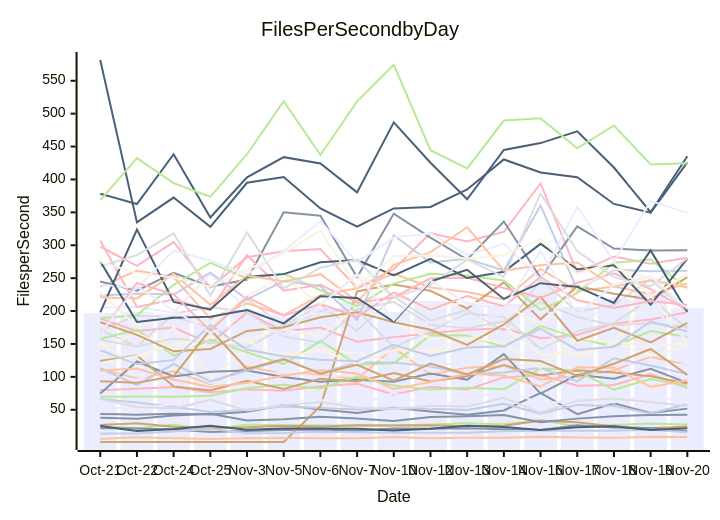
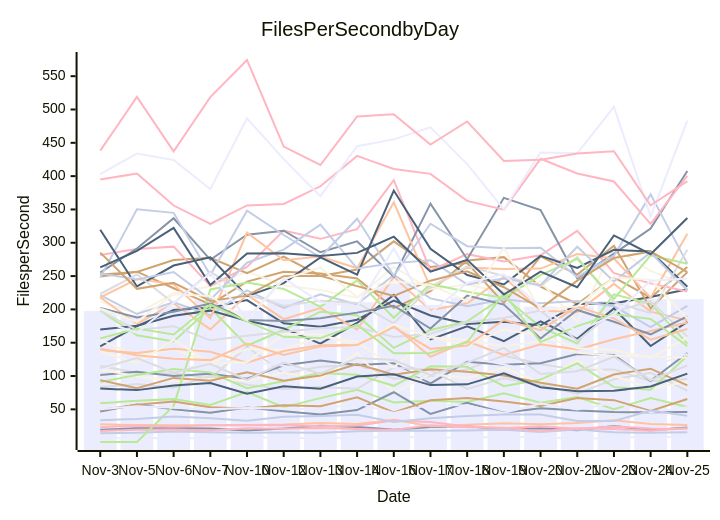
The diagram in perf-report.md (streetsidesoftware/cspell), drawn with Mermaid before and after one commit. The commit also changed other lines of this file and 2 other files, not shown here.

````diff
--- a/perf-report.md
+++ b/perf-report.md
@@ -11,57 +11,57 @@
 ```mermaid
 xychart-beta
     title Files Per Second by Day
     y-axis Files per Second
-    x-axis Date [Oct-21, Oct-22, Oct-24, Oct-25, Nov-3, Nov-5, Nov-6, Nov-7, Nov-10, Nov-12, Nov-13, Nov-14, Nov-16, Nov-17, Nov-18, Nov-19, Nov-20]
-    bar [196.79, 198.31, 195.08, 188.50, 197.53, 191.30, 204.37, 213.67, 198.26, 215.23, 208.25, 210.82, 238.97, 206.65, 217.84, 229.81, 204.28]
-    line [43.54, 42.59, 43.99, 42.66, 46.86, 57.12, 50.26, 44.96, 52.89, 47.17, 42.40, 48.87, 75.68, 43.23, 59.94, 45.01, 51.72]
-    line [112.31, 97.68, 108.35, 88.82, 115.43, 104.61, 103.62, 96.31, 144.08, 103.66, 113.77, 116.66, 96.10, 99.72, 110.04, 130.67, 118.22]
-    line [171.10, 192.78, 191.37, 174.29, 217.96, 178.42, 209.10, 170.02, 221.91, 185.33, 201.98, 169.69, 248.53, 198.86, 209.17, 248.49, 197.83]
-    line [25.33, 21.92, 27.33, 19.75, 27.62, 26.37, 26.13, 26.22, 26.38, 27.41, 29.67, 28.01, 34.46, 24.62, 26.88, 29.05, 27.58]
-    line [26.96, 29.32, 24.14, 22.37, 23.30, 25.53, 24.38, 26.29, 26.08, 26.42, 24.81, 25.86, 33.28, 31.19, 24.38, 21.77, 24.56]
-    line [66.25, 61.14, 54.40, 46.46, 50.11, 54.79, 52.56, 50.32, 52.20, 51.35, 49.71, 59.15, 44.39, 57.39, 55.71, 44.49, 58.88]
-    line [188.53, 169.56, 175.04, 150.51, 197.71, 169.15, 174.81, 153.55, 160.37, 166.32, 171.57, 173.57, 158.65, 163.60, 180.83, 187.20, 198.17]
-    line [378.31, 362.57, 438.35, 342.13, 403.12, 433.88, 424.28, 380.40, 486.76, 425.45, 369.94, 444.86, 455.23, 473.19, 418.11, 350.16, 435.36]
-    line [152.34, 114.90, 176.25, 99.39, 139.03, 134.52, 140.79, 136.42, 120.17, 137.59, 146.37, 146.54, 175.32, 128.97, 152.20, 131.62, 147.72]
-    line [99.95, 95.97, 117.43, 90.38, 101.68, 106.46, 99.98, 103.28, 96.07, 116.03, 123.18, 116.39, 119.25, 88.82, 121.42, 116.77, 119.13]
-    line [22.03, 21.51, 20.05, 16.33, 17.58, 19.22, 19.85, 18.09, 21.66, 21.06, 21.89, 20.40, 19.08, 26.32, 22.99, 22.31, 17.30]
-    line [236.87, 261.40, 251.33, 188.47, 211.71, 193.66, 223.97, 234.72, 257.12, 235.87, 229.04, 217.57, 263.96, 230.17, 237.48, 225.46, 241.65]
-    line [171.90, 145.85, 195.93, 206.22, 198.17, 161.08, 151.81, 202.09, 145.44, 169.46, 196.60, 191.20, 142.18, 169.19, 181.94, 218.95, 173.37]
-    line [158.05, 171.36, 132.38, 156.15, 137.28, 119.47, 154.44, 118.56, 120.82, 163.18, 162.73, 145.60, 177.40, 158.43, 146.21, 169.65, 160.77]
-    line [1.00, 1.00, 1.00, 1.00, 1.00, 1.00, 55.24, 229.88, 240.51, 230.78, 203.89, 243.63, 187.42, 237.86, 226.45, 217.28, 251.44]
-    line [13.85, 14.03, 17.10, 21.05, 14.31, 14.75, 16.57, 15.81, 15.06, 15.24, 15.00, 17.22, 18.21, 17.91, 18.25, 19.44, 15.85]
-    line [79.60, 82.04, 84.51, 76.34, 81.22, 78.86, 85.82, 89.51, 73.32, 84.82, 80.81, 99.19, 102.74, 86.40, 87.53, 104.19, 83.22]
-    line [25.32, 17.74, 20.58, 25.51, 19.46, 21.60, 21.45, 21.30, 18.35, 21.09, 25.51, 23.62, 19.35, 23.58, 25.01, 19.06, 21.71]
-    line [141.81, 166.38, 141.94, 145.19, 156.42, 171.45, 162.38, 206.93, 182.01, 158.84, 156.97, 177.01, 134.15, 134.60, 150.67, 224.37, 150.96]
-    line [53.54, 51.87, 58.31, 54.40, 59.05, 63.00, 65.34, 56.44, 75.90, 53.22, 66.88, 79.34, 60.36, 62.89, 61.13, 74.10, 59.99]
-    line [74.73, 123.30, 100.60, 107.93, 109.66, 99.65, 92.58, 95.73, 92.52, 104.99, 95.65, 134.65, 74.54, 103.19, 97.14, 112.35, 90.90]
-    line [5.55, 8.36, 6.66, 5.63, 6.55, 6.95, 6.80, 6.70, 8.74, 6.68, 7.36, 7.28, 8.89, 7.86, 7.37, 8.95, 8.51]
-    line [156.27, 146.04, 158.31, 152.20, 144.51, 175.00, 199.16, 202.30, 213.91, 179.15, 174.06, 184.56, 213.36, 190.95, 178.24, 181.48, 176.13]
-    line [69.61, 70.25, 69.88, 71.42, 83.10, 87.87, 82.40, 100.31, 86.94, 80.60, 83.49, 81.08, 112.95, 109.00, 80.57, 96.66, 86.29]
-    line [123.93, 132.34, 85.53, 79.17, 93.87, 81.75, 97.21, 92.97, 105.80, 92.86, 100.80, 118.00, 101.99, 110.02, 106.56, 100.86, 89.90]
-    line [113.06, 87.44, 119.66, 93.04, 109.58, 126.12, 106.10, 121.67, 121.71, 115.58, 104.23, 106.50, 113.74, 93.16, 128.26, 117.29, 104.16]
-    line [297.94, 268.60, 304.78, 235.63, 281.78, 290.77, 294.19, 235.16, 263.73, 318.29, 305.89, 320.49, 393.89, 258.23, 282.90, 271.83, 281.13]
-    line [581.53, 334.74, 372.46, 327.93, 394.96, 403.82, 355.89, 328.31, 356.02, 358.21, 384.78, 430.42, 410.61, 403.44, 362.79, 349.62, 425.99]
-    line [121.08, 131.79, 149.18, 160.21, 154.52, 129.77, 140.65, 119.71, 140.68, 139.42, 159.42, 151.36, 113.27, 158.34, 153.96, 144.89, 151.69]
-    line [204.92, 206.57, 197.43, 256.60, 202.25, 187.81, 196.52, 208.74, 184.16, 182.55, 186.64, 195.17, 205.52, 171.16, 220.75, 207.26, 156.32]
-    line [245.01, 230.93, 258.25, 236.94, 247.84, 350.22, 344.89, 251.52, 348.16, 311.63, 278.27, 336.11, 250.48, 328.56, 294.90, 291.94, 292.58]
-    line [109.59, 112.56, 95.92, 84.60, 91.01, 101.64, 110.52, 105.15, 81.62, 92.24, 104.72, 102.11, 85.32, 114.70, 113.79, 84.79, 94.70]
-    line [66.13, 54.31, 52.03, 65.25, 49.02, 56.78, 61.66, 53.00, 51.36, 56.25, 54.79, 68.17, 45.48, 63.62, 67.01, 61.66, 55.18]
-    line [189.13, 193.68, 239.98, 273.35, 249.43, 256.58, 231.73, 207.54, 241.66, 256.57, 253.87, 246.51, 201.92, 227.28, 273.31, 278.44, 234.26]
-    line [182.97, 163.77, 138.75, 142.39, 169.82, 175.50, 190.52, 198.14, 183.09, 171.50, 148.66, 179.60, 221.70, 154.91, 174.70, 152.47, 182.03]
-    line [223.48, 226.53, 225.12, 258.41, 217.89, 245.63, 237.62, 186.76, 315.24, 273.68, 279.33, 261.66, 360.61, 232.56, 262.68, 260.50, 261.27]
-    line [307.28, 206.33, 217.49, 201.10, 285.18, 230.89, 239.86, 212.69, 220.64, 249.81, 250.50, 234.95, 220.08, 243.07, 257.31, 233.28, 201.28]
-    line [197.92, 323.88, 213.93, 202.52, 252.23, 256.11, 274.23, 277.54, 254.29, 279.19, 250.20, 259.75, 302.13, 263.51, 269.60, 209.51, 279.56]
-    line [229.37, 176.10, 196.37, 177.90, 223.12, 252.36, 209.33, 256.35, 222.55, 205.03, 213.07, 209.57, 179.17, 233.46, 264.64, 250.26, 235.07]
-    line [239.93, 235.04, 291.68, 276.40, 255.29, 291.36, 336.81, 274.44, 312.01, 318.04, 285.73, 302.25, 248.86, 358.68, 275.32, 367.42, 349.18]
-    line [37.81, 36.24, 41.43, 44.03, 33.69, 35.67, 39.33, 36.78, 32.79, 39.05, 40.14, 41.86, 31.03, 36.52, 40.13, 42.13, 42.40]
-    line [220.88, 219.16, 256.62, 209.53, 254.06, 244.83, 256.05, 214.61, 270.08, 289.61, 327.30, 261.54, 269.45, 273.83, 237.58, 246.50, 236.20]
-    line [267.67, 285.04, 317.95, 223.78, 319.42, 234.42, 265.85, 278.09, 219.92, 239.43, 278.17, 251.99, 378.34, 291.11, 251.52, 237.49, 280.27]
-    line [368.45, 432.30, 394.44, 373.62, 438.31, 518.91, 437.11, 518.64, 574.29, 444.36, 416.74, 489.48, 492.83, 447.31, 482.01, 422.75, 424.60]
-    line [93.34, 91.16, 101.08, 171.93, 111.86, 126.91, 104.86, 118.31, 94.15, 120.34, 103.60, 127.14, 124.11, 101.43, 119.96, 142.34, 103.04]
-    line [140.68, 119.01, 125.81, 178.69, 141.07, 131.24, 125.88, 123.88, 148.80, 131.70, 144.48, 146.46, 173.42, 140.77, 145.68, 184.15, 168.82]
-    line [165.39, 242.72, 225.43, 169.80, 221.29, 193.06, 210.68, 191.30, 228.42, 202.21, 222.67, 207.51, 251.74, 216.50, 204.65, 215.27, 209.30]
-    line [275.35, 183.43, 189.64, 191.38, 201.59, 181.36, 222.61, 220.01, 183.65, 245.06, 262.64, 218.43, 242.38, 236.75, 212.37, 292.14, 199.00]
-    line [274.64, 257.62, 251.09, 236.85, 262.94, 287.92, 322.31, 236.45, 283.86, 284.35, 279.96, 284.82, 309.10, 256.69, 274.41, 222.36, 256.68]
-    line [165.66, 237.49, 201.27, 167.00, 183.56, 164.82, 210.07, 254.11, 186.18, 246.80, 210.80, 204.64, 291.50, 194.63, 239.67, 252.69, 203.66]
+    x-axis Date [Nov-3, Nov-5, Nov-6, Nov-7, Nov-10, Nov-12, Nov-13, Nov-14, Nov-16, Nov-17, Nov-18, Nov-19, Nov-20, Nov-21, Nov-23, Nov-24, Nov-25]
+    bar [197.53, 191.30, 204.37, 213.67, 198.26, 215.23, 208.25, 210.82, 238.97, 206.65, 217.84, 229.81, 204.28, 204.72, 212.49, 215.65, 215.14]
+    line [19.46, 21.60, 21.45, 21.30, 18.35, 21.09, 25.51, 23.62, 19.35, 23.58, 25.01, 19.06, 21.71, 18.60, 25.05, 18.57, 22.78]
+    line [27.62, 26.37, 26.13, 26.22, 26.38, 27.41, 29.67, 28.01, 34.46, 24.62, 26.88, 29.05, 27.58, 29.46, 33.73, 27.92, 26.61]
+    line [115.43, 104.61, 103.62, 96.31, 144.08, 103.66, 113.77, 116.66, 96.10, 99.72, 110.04, 130.67, 118.22, 109.21, 109.94, 92.27, 95.40]
+    line [59.05, 63.00, 65.34, 56.44, 75.90, 53.22, 66.88, 79.34, 60.36, 62.89, 61.13, 74.10, 59.99, 68.53, 50.18, 67.03, 53.59]
+    line [249.43, 256.58, 231.73, 207.54, 241.66, 256.57, 253.87, 246.51, 201.92, 227.28, 273.31, 278.44, 234.26, 208.12, 248.05, 217.79, 263.70]
+    line [14.31, 14.75, 16.57, 15.81, 15.06, 15.24, 15.00, 17.22, 18.21, 17.91, 18.25, 19.44, 15.85, 19.63, 15.59, 14.87, 15.79]
+    line [17.58, 19.22, 19.85, 18.09, 21.66, 21.06, 21.89, 20.40, 19.08, 26.32, 22.99, 22.31, 17.30, 21.45, 20.67, 17.71, 21.61]
+    line [144.51, 175.00, 199.16, 202.30, 213.91, 179.15, 174.06, 184.56, 213.36, 190.95, 178.24, 181.48, 176.13, 207.99, 209.21, 218.59, 230.14]
+    line [211.71, 193.66, 223.97, 234.72, 257.12, 235.87, 229.04, 217.57, 263.96, 230.17, 237.48, 225.46, 241.65, 180.78, 293.43, 257.61, 236.25]
+    line [6.55, 6.95, 6.80, 6.70, 8.74, 6.68, 7.36, 7.28, 8.89, 7.86, 7.37, 8.95, 8.51, 5.96, 6.86, 9.12, 8.20]
+    line [101.68, 106.46, 99.98, 103.28, 96.07, 116.03, 123.18, 116.39, 119.25, 88.82, 121.42, 116.77, 119.13, 133.04, 131.42, 92.70, 134.68]
+    line [217.96, 178.42, 209.10, 170.02, 221.91, 185.33, 201.98, 169.69, 248.53, 198.86, 209.17, 248.49, 197.83, 196.05, 238.36, 196.70, 183.49]
+    line [83.10, 87.87, 82.40, 100.31, 86.94, 80.60, 83.49, 81.08, 112.95, 109.00, 80.57, 96.66, 86.29, 73.57, 94.99, 104.85, 77.90]
+    line [198.17, 161.08, 151.81, 202.09, 145.44, 169.46, 196.60, 191.20, 142.18, 169.19, 181.94, 218.95, 173.37, 148.92, 222.58, 208.58, 148.72]
+    line [252.23, 256.11, 274.23, 277.54, 254.29, 279.19, 250.20, 259.75, 302.13, 263.51, 269.60, 209.51, 279.56, 252.28, 295.42, 201.43, 255.90]
+    line [221.29, 193.06, 210.68, 191.30, 228.42, 202.21, 222.67, 207.51, 251.74, 216.50, 204.65, 215.27, 209.30, 212.61, 204.74, 173.27, 205.13]
+    line [281.78, 290.77, 294.19, 235.16, 263.73, 318.29, 305.89, 320.49, 393.89, 258.23, 282.90, 271.83, 281.13, 317.78, 254.31, 239.07, 226.80]
+    line [169.82, 175.50, 190.52, 198.14, 183.09, 171.50, 148.66, 179.60, 221.70, 154.91, 174.70, 152.47, 182.03, 155.80, 201.43, 145.12, 181.20]
+    line [109.66, 99.65, 92.58, 95.73, 92.52, 104.99, 95.65, 134.65, 74.54, 103.19, 97.14, 112.35, 90.90, 123.07, 100.34, 81.20, 91.40]
+    line [109.58, 126.12, 106.10, 121.67, 121.71, 115.58, 104.23, 106.50, 113.74, 93.16, 128.26, 117.29, 104.16, 110.80, 141.51, 113.78, 133.33]
+    line [255.29, 291.36, 336.81, 274.44, 312.01, 318.04, 285.73, 302.25, 248.86, 358.68, 275.32, 367.42, 349.18, 246.71, 283.63, 321.34, 407.75]
+    line [217.89, 245.63, 237.62, 186.76, 315.24, 273.68, 279.33, 261.66, 360.61, 232.56, 262.68, 260.50, 261.27, 283.01, 276.41, 217.54, 313.48]
+    line [197.71, 169.15, 174.81, 153.55, 160.37, 166.32, 171.57, 173.57, 158.65, 163.60, 180.83, 187.20, 198.17, 153.08, 196.42, 212.25, 159.12]
+    line [91.01, 101.64, 110.52, 105.15, 81.62, 92.24, 104.72, 102.11, 85.32, 114.70, 113.79, 84.79, 94.70, 119.03, 83.33, 79.58, 129.97]
+    line [93.87, 81.75, 97.21, 92.97, 105.80, 92.86, 100.80, 118.00, 101.99, 110.02, 106.56, 100.86, 89.90, 80.84, 102.36, 111.01, 86.06]
+    line [247.84, 350.22, 344.89, 251.52, 348.16, 311.63, 278.27, 336.11, 250.48, 328.56, 294.90, 291.94, 292.58, 248.71, 280.57, 372.61, 268.70]
+    line [394.96, 403.82, 355.89, 328.31, 356.02, 358.21, 384.78, 430.42, 410.61, 403.44, 362.79, 349.62, 425.99, 404.00, 391.92, 328.37, 400.57]
+    line [319.42, 234.42, 265.85, 278.09, 219.92, 239.43, 278.17, 251.99, 378.34, 291.11, 251.52, 237.49, 280.27, 262.12, 289.40, 286.83, 233.89]
+    line [154.52, 129.77, 140.65, 119.71, 140.68, 139.42, 159.42, 151.36, 113.27, 158.34, 153.96, 144.89, 151.69, 135.05, 130.36, 129.62, 127.42]
+    line [403.12, 433.88, 424.28, 380.40, 486.76, 425.45, 369.94, 444.86, 455.23, 473.19, 418.11, 350.16, 435.36, 434.19, 503.88, 339.40, 483.37]
+    line [46.86, 57.12, 50.26, 44.96, 52.89, 47.17, 42.40, 48.87, 75.68, 43.23, 59.94, 45.01, 51.72, 48.28, 45.99, 45.47, 46.16]
+    line [139.03, 134.52, 140.79, 136.42, 120.17, 137.59, 146.37, 146.54, 175.32, 128.97, 152.20, 131.62, 147.72, 139.79, 155.08, 167.65, 180.28]
+    line [223.12, 252.36, 209.33, 256.35, 222.55, 205.03, 213.07, 209.57, 179.17, 233.46, 264.64, 250.26, 235.07, 278.49, 210.89, 194.33, 289.41]
+    line [1.00, 1.00, 55.24, 229.88, 240.51, 230.78, 203.89, 243.63, 187.42, 237.86, 226.45, 217.28, 251.44, 276.01, 215.80, 281.10, 268.53]
+    line [49.02, 56.78, 61.66, 53.00, 51.36, 56.25, 54.79, 68.17, 45.48, 63.62, 67.01, 61.66, 55.18, 66.89, 63.80, 47.48, 65.47]
+    line [254.06, 244.83, 256.05, 214.61, 270.08, 289.61, 327.30, 261.54, 269.45, 273.83, 237.58, 246.50, 236.20, 294.11, 241.99, 285.48, 228.78]
+    line [23.30, 25.53, 24.38, 26.29, 26.08, 26.42, 24.81, 25.86, 33.28, 31.19, 24.38, 21.77, 24.56, 20.83, 24.39, 21.39, 21.03]
+    line [81.22, 78.86, 85.82, 89.51, 73.32, 84.82, 80.81, 99.19, 102.74, 86.40, 87.53, 104.19, 83.22, 77.11, 77.91, 84.31, 103.57]
+    line [137.28, 119.47, 154.44, 118.56, 120.82, 163.18, 162.73, 145.60, 177.40, 158.43, 146.21, 169.65, 160.77, 141.62, 138.65, 127.45, 157.64]
+    line [50.11, 54.79, 52.56, 50.32, 52.20, 51.35, 49.71, 59.15, 44.39, 57.39, 55.71, 44.49, 58.88, 49.62, 59.77, 45.57, 53.25]
+    line [202.25, 187.81, 196.52, 208.74, 184.16, 182.55, 186.64, 195.17, 205.52, 171.16, 220.75, 207.26, 156.32, 199.17, 181.40, 162.62, 189.45]
+    line [141.07, 131.24, 125.88, 123.88, 148.80, 131.70, 144.48, 146.46, 173.42, 140.77, 145.68, 184.15, 168.82, 204.20, 186.48, 154.50, 170.57]
+    line [111.86, 126.91, 104.86, 118.31, 94.15, 120.34, 103.60, 127.14, 124.11, 101.43, 119.96, 142.34, 103.04, 107.23, 129.02, 93.63, 116.02]
+    line [156.42, 171.45, 162.38, 206.93, 182.01, 158.84, 156.97, 177.01, 134.15, 134.60, 150.67, 224.37, 150.96, 174.91, 192.91, 185.63, 144.61]
+    line [285.18, 230.89, 239.86, 212.69, 220.64, 249.81, 250.50, 234.95, 220.08, 243.07, 257.31, 233.28, 201.28, 243.15, 277.09, 286.97, 255.94]
+    line [33.69, 35.67, 39.33, 36.78, 32.79, 39.05, 40.14, 41.86, 31.03, 36.52, 40.13, 42.13, 42.40, 32.38, 32.42, 48.09, 40.42]
+    line [438.31, 518.91, 437.11, 518.64, 574.29, 444.36, 416.74, 489.48, 492.83, 447.31, 482.01, 422.75, 424.60, 433.90, 437.27, 355.97, 392.57]
+    line [262.94, 287.92, 322.31, 236.45, 283.86, 284.35, 279.96, 284.82, 309.10, 256.69, 274.41, 222.36, 256.68, 233.31, 311.00, 282.89, 337.10]
+    line [201.59, 181.36, 222.61, 220.01, 183.65, 245.06, 262.64, 218.43, 242.38, 236.75, 212.37, 292.14, 199.00, 204.82, 248.07, 244.43, 186.73]
+    line [183.56, 164.82, 210.07, 254.11, 186.18, 246.80, 210.80, 204.64, 291.50, 194.63, 239.67, 252.69, 203.66, 166.41, 192.08, 243.14, 246.36]
 ```
````
